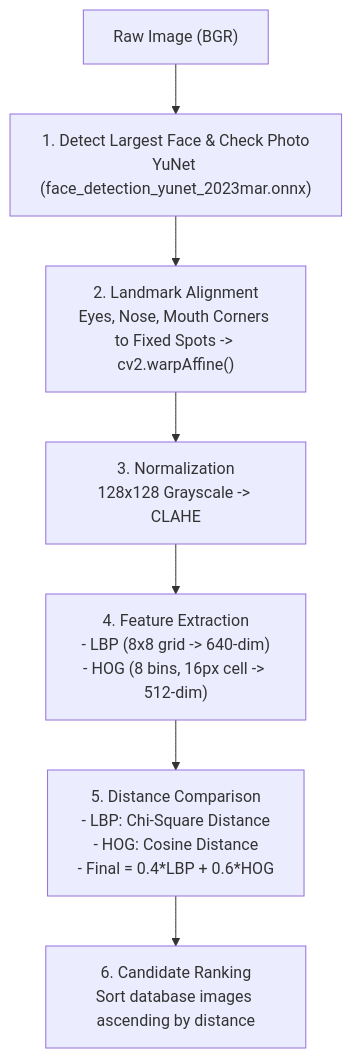
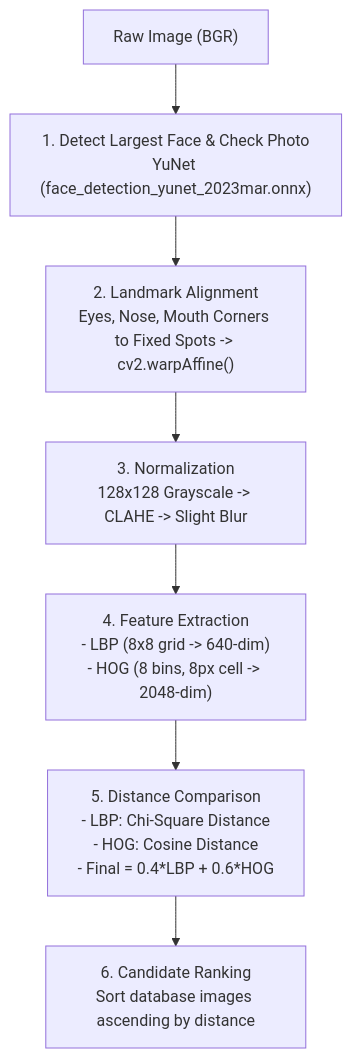
The diagram in docs/CLASSICAL_FACE_SIMILARITY.md (Mit-007/face_recognition_POC), drawn with Mermaid before and after one commit. The commit also changed other lines of this file and 14 other files, not shown here.

````diff
--- a/docs/CLASSICAL_FACE_SIMILARITY.md
+++ b/docs/CLASSICAL_FACE_SIMILARITY.md
@@ -19,9 +19,9 @@
 ```mermaid
 flowchart TD
     Img["Raw Image (BGR)"] --> Detect["1. Detect Largest Face & Check Photo\nYuNet (face_detection_yunet_2023mar.onnx)"]
     Detect --> Align["2. Landmark Alignment\nEyes, Nose, Mouth Corners to Fixed Spots -> cv2.warpAffine()"]
-    Align --> Norm["3. Normalization\n128x128 Grayscale -> CLAHE"]
-    Norm --> Feat["4. Feature Extraction\n- LBP (8x8 grid -> 640-dim)\n- HOG (8 bins, 16px cell -> 512-dim)"]
+    Align --> Norm["3. Normalization\n128x128 Grayscale -> CLAHE -> Slight Blur"]
+    Norm --> Feat["4. Feature Extraction\n- LBP (8x8 grid -> 640-dim)\n- HOG (8 bins, 8px cell -> 2048-dim)"]
     Feat --> Comp["5. Distance Comparison\n- LBP: Chi-Square Distance\n- HOG: Cosine Distance\n- Final = 0.4*LBP + 0.6*HOG"]
     Comp --> Rank["6. Candidate Ranking\nSort database images ascending by distance"]
 ```
````
